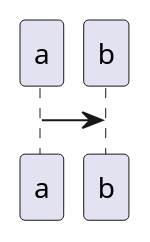
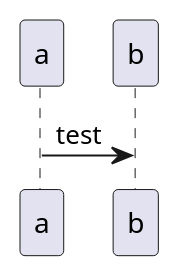
The sixth of 6 diagrams in markdown/mermaid.md (KUDIDUK/diagramming), drawn with PlantUML before and after one commit. The commit also changed other lines of this file, not shown here.

Commit message:
Mindmap hinzugefügt

````diff
--- a/markdown/mermaid.md
+++ b/markdown/mermaid.md
@@ -67,6 +86,6 @@
 ```plantuml
     @startuml
-    a->b
+    a->b : test
     @enduml
         
 ```
````
